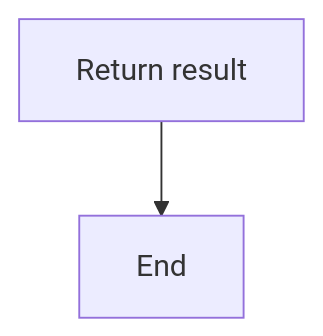
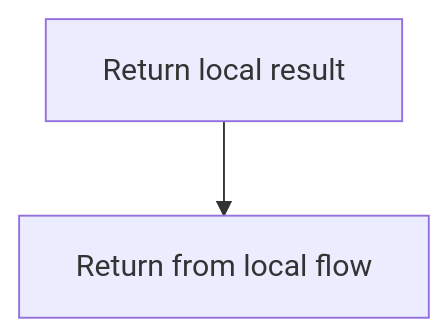
Before and after one commit to JohnAndrewBalbarosa/NeoTerritory: the second of 4 diagrams in docs/Codebase/Backend/src/middleware/jwtAuth.js.md, drawn with Mermaid. The commit also changed other lines of this file and 925 other files, not shown here.

````diff
--- a/docs/Codebase/Backend/src/middleware/jwtAuth.js.md
+++ b/docs/Codebase/Backend/src/middleware/jwtAuth.js.md
@@ -49,6 +48,6 @@
 ```mermaid
 flowchart TD
-    N0["Return result"]
-    N1["End"]
+    N0["Return local result"]
+    N1["Return from local flow"]
     N0 --> N1
 ```
````
